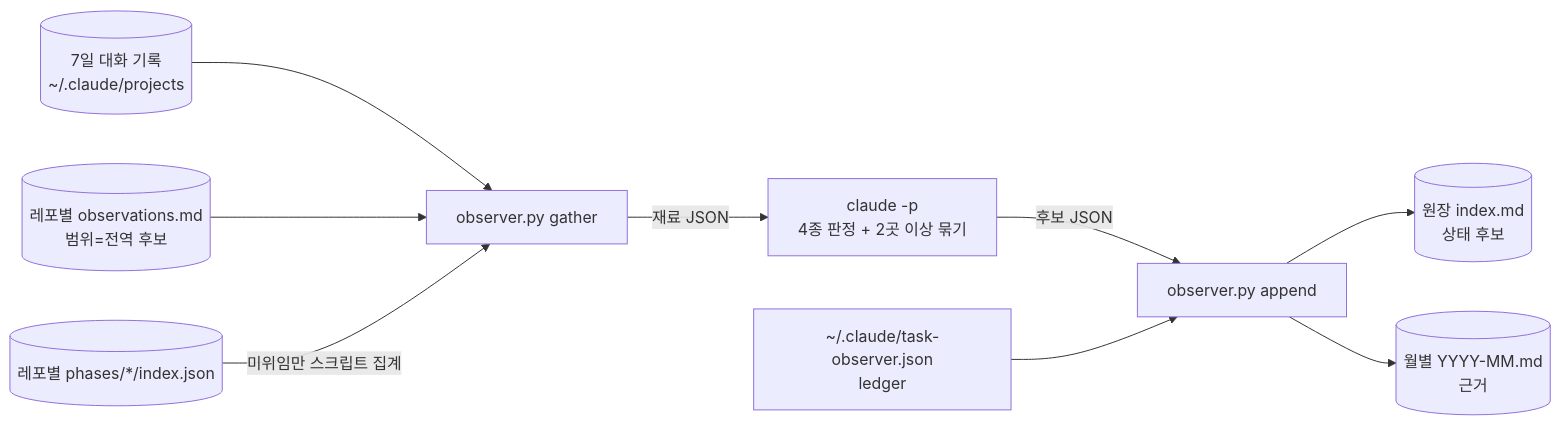
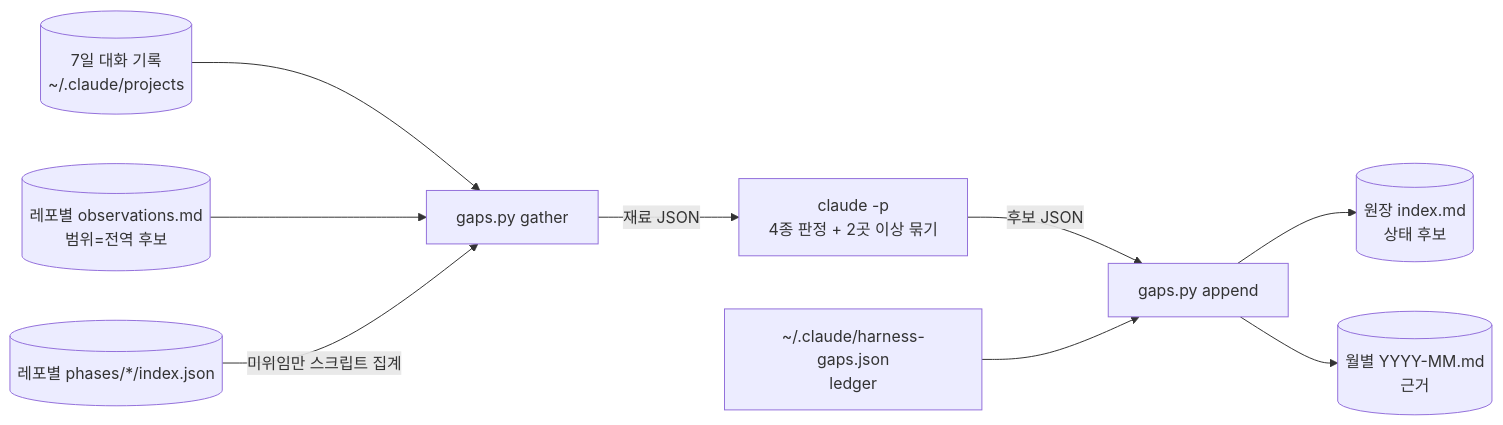
One commit to jtwjs/claude-harness changed the diagram in docs/observer-global-ledger-2026-11-23/PRD.md. Above: the diagram before and after it, drawn with Mermaid. The commit also changed other lines of this file and 15 other files, not shown here.

Commit message:
refactor: task-observer 스킬 이름을 harness-gaps 로 — 스크립트 gaps.py · 설정 · env · 테스트 연쇄 변경

````diff
--- a/docs/observer-global-ledger-2026-11-23/PRD.md
+++ b/docs/observer-global-ledger-2026-11-23/PRD.md
@@ -28,11 +28,11 @@
 ```mermaid
 flowchart LR
-  T[(7일 대화 기록<br/>~/.claude/projects)] --> G[observer.py gather]
+  T[(7일 대화 기록<br/>~/.claude/projects)] --> G[gaps.py gather]
   O[(레포별 observations.md<br/>범위=전역 후보)] --> G
   P[(레포별 phases/*/index.json)] -->|미위임만 스크립트 집계| G
   G -->|재료 JSON| C[claude -p<br/>4종 판정 + 2곳 이상 묶기]
-  C -->|후보 JSON| A[observer.py append]
-  CFG[~/.claude/task-observer.json<br/>ledger] --> A
+  C -->|후보 JSON| A[gaps.py append]
+  CFG[~/.claude/harness-gaps.json<br/>ledger] --> A
   A --> L[(원장 index.md<br/>상태 후보)]
   A --> M[(월별 YYYY-MM.md<br/>근거)]
 ```
````
